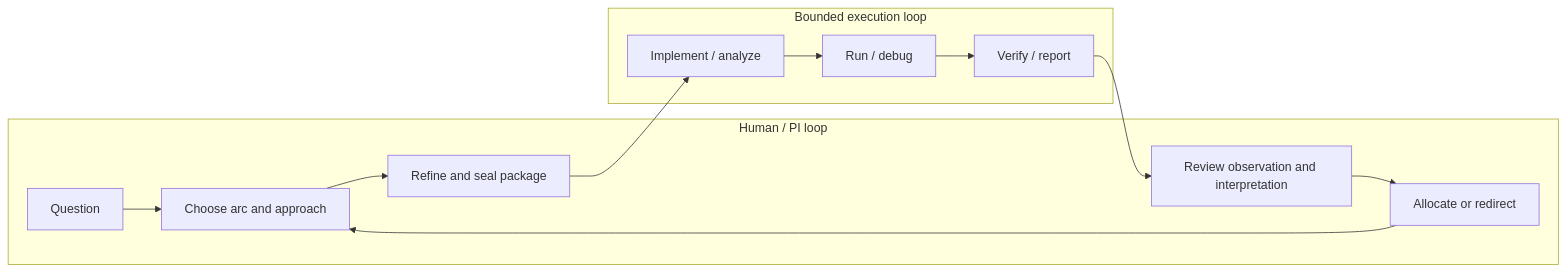
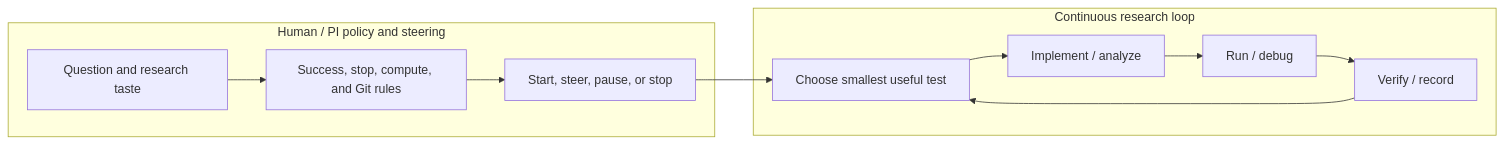
One commit to user074/delta-loop changed the second of 3 diagrams in docs/POC_PLAN.md. Above: the diagram before and after it, drawn with Mermaid. The commit also changed other lines of this file and 22 other files, not shown here.

````diff
--- a/docs/POC_PLAN.md
+++ b/docs/POC_PLAN.md
@@ -334,16 +335,15 @@
 ```mermaid
 flowchart LR
-    subgraph PI["Human / PI loop"]
-        Q["Question"] --> A["Choose arc and approach"]
-        A --> P["Refine and seal package"]
-        R["Review observation and interpretation"] --> D["Allocate or redirect"]
-        D --> A
+    subgraph PI["Human / PI policy and steering"]
+        Q["Question and research taste"] --> A["Success, stop, compute, and Git rules"]
+        A --> P["Start, steer, pause, or stop"]
     end
 
-    subgraph EX["Bounded execution loop"]
-        P --> E["Implement / analyze"]
+    subgraph EX["Continuous research loop"]
+        P --> C["Choose smallest useful test"]
+        C --> E["Implement / analyze"]
         E --> X["Run / debug"]
-        X --> V["Verify / report"]
-        V --> R
+        X --> V["Verify / record"]
+        V --> C
     end
 ```
````
